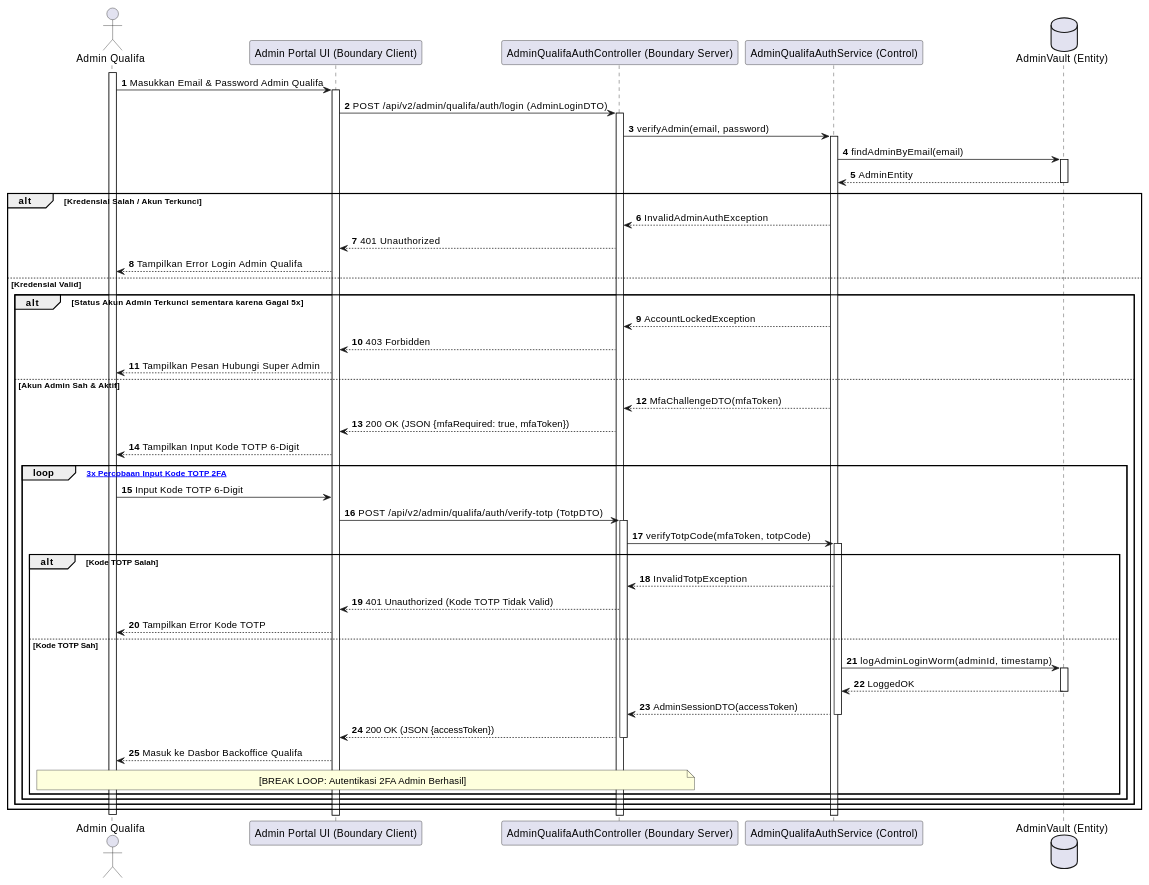
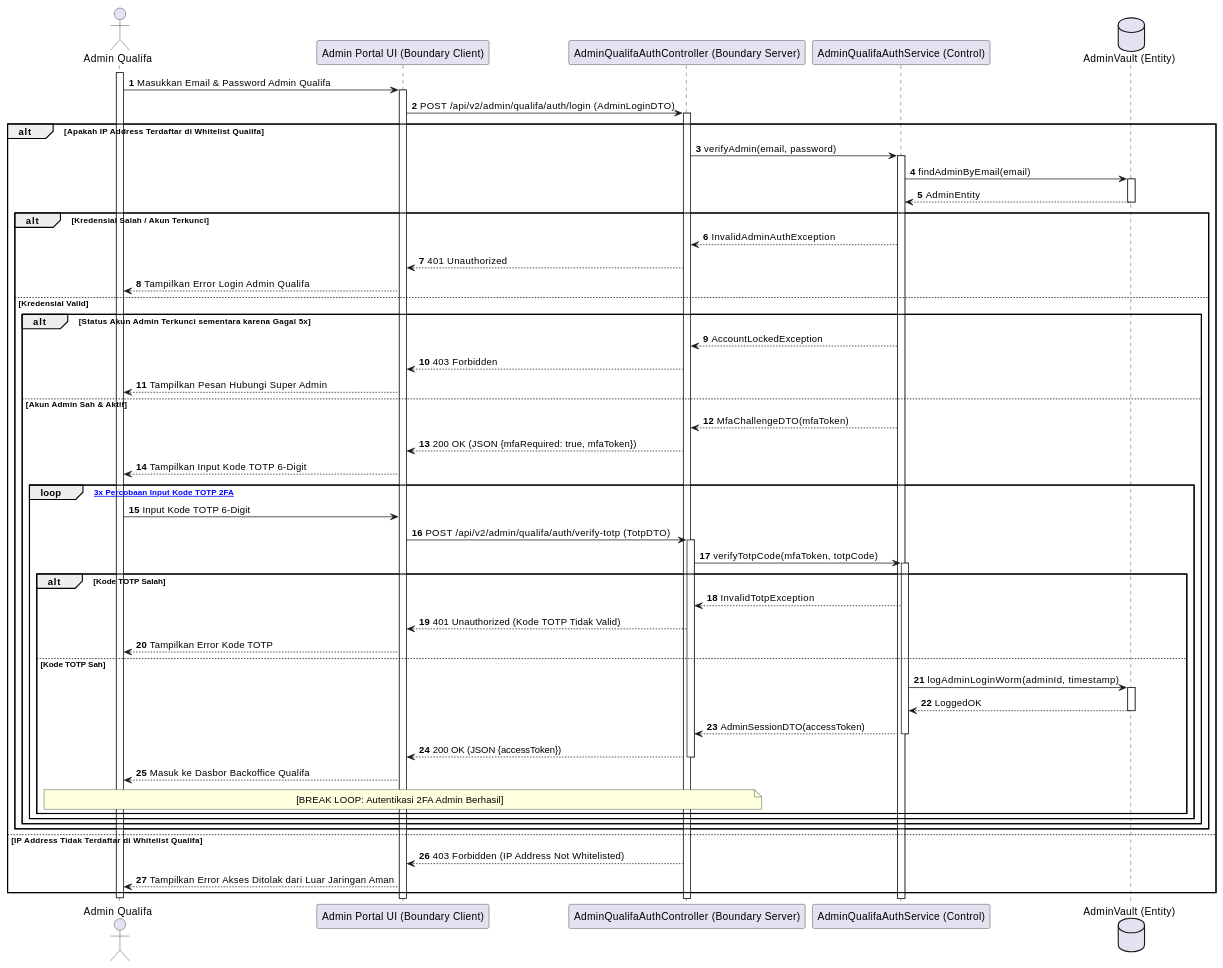
Diagram 28 of 28 in MarkDown/plantuml_sequence_diagrams.md (tupperwureism/SuperApp-Gagal), drawn with PlantUML before and after one commit. The commit also changed other lines of this file and 2 other files, not shown here.

Commit message:
fix(docs): achieve 0 missing conditions across all 28 Sequence Diagrams vs Activity Diagrams

````diff
--- a/MarkDown/plantuml_sequence_diagrams.md
+++ b/MarkDown/plantuml_sequence_diagrams.md
@@ -1427,53 +1463,59 @@
 ```plantuml
 @startuml
 autonumber
 actor "Admin Qualifa" as User
 participant "Admin Portal UI (Boundary Client)" as B_FE
 participant "AdminQualifaAuthController (Boundary Server)" as B_BE
 participant "AdminQualifaAuthService (Control)" as C_Svc
 database "AdminVault (Entity)" as E_DB
 
 activate User
 User -> B_FE ++ : Masukkan Email & Password Admin Qualifa
 B_FE -> B_BE ++ : POST /api/v2/admin/qualifa/auth/login (AdminLoginDTO)
-B_BE -> C_Svc ++ : verifyAdmin(email, password)
-C_Svc -> E_DB ++ : findAdminByEmail(email)
-E_DB --> C_Svc -- : AdminEntity
 
-alt Kredensial Salah / Akun Terkunci
-    C_Svc --> B_BE : InvalidAdminAuthException
-    B_BE --> B_FE : 401 Unauthorized
-    B_FE --> User : Tampilkan Error Login Admin Qualifa
-else Kredensial Valid
-    alt Status Akun Admin Terkunci sementara karena Gagal 5x
-        C_Svc --> B_BE : AccountLockedException
-        B_BE --> B_FE : 403 Forbidden
-        B_FE --> User : Tampilkan Pesan Hubungi Super Admin
-    else Akun Admin Sah & Aktif
-        C_Svc --> B_BE : MfaChallengeDTO(mfaToken)
-        B_BE --> B_FE : 200 OK (JSON {mfaRequired: true, mfaToken})
-        B_FE --> User : Tampilkan Input Kode TOTP 6-Digit
+alt Apakah IP Address Terdaftar di Whitelist Qualifa
+    B_BE -> C_Svc ++ : verifyAdmin(email, password)
+    C_Svc -> E_DB ++ : findAdminByEmail(email)
+    E_DB --> C_Svc -- : AdminEntity
 
-        loop [Maksimal 3x Percobaan Input Kode TOTP 2FA]
-            User -> B_FE : Input Kode TOTP 6-Digit
-            B_FE -> B_BE ++ : POST /api/v2/admin/qualifa/auth/verify-totp (TotpDTO)
-            B_BE -> C_Svc ++ : verifyTotpCode(mfaToken, totpCode)
+    alt Kredensial Salah / Akun Terkunci
+        C_Svc --> B_BE : InvalidAdminAuthException
+        B_BE --> B_FE : 401 Unauthorized
+        B_FE --> User : Tampilkan Error Login Admin Qualifa
+    else Kredensial Valid
+        alt Status Akun Admin Terkunci sementara karena Gagal 5x
+            C_Svc --> B_BE : AccountLockedException
+            B_BE --> B_FE : 403 Forbidden
+            B_FE --> User : Tampilkan Pesan Hubungi Super Admin
+        else Akun Admin Sah & Aktif
+            C_Svc --> B_BE : MfaChallengeDTO(mfaToken)
+            B_BE --> B_FE : 200 OK (JSON {mfaRequired: true, mfaToken})
+            B_FE --> User : Tampilkan Input Kode TOTP 6-Digit
 
-            alt Kode TOTP Salah
-                C_Svc --> B_BE : InvalidTotpException
-                B_BE --> B_FE : 401 Unauthorized (Kode TOTP Tidak Valid)
-                B_FE --> User : Tampilkan Error Kode TOTP
-            else Kode TOTP Sah
-                C_Svc -> E_DB ++ : logAdminLoginWorm(adminId, timestamp)
-                E_DB --> C_Svc -- : LoggedOK
-                C_Svc --> B_BE -- : AdminSessionDTO(accessToken)
-                B_BE --> B_FE -- : 200 OK (JSON {accessToken})
-                B_FE --> User : Masuk ke Dasbor Backoffice Qualifa
-                note over User, B_BE : [BREAK LOOP: Autentikasi 2FA Admin Berhasil]
+            loop [Maksimal 3x Percobaan Input Kode TOTP 2FA]
+                User -> B_FE : Input Kode TOTP 6-Digit
+                B_FE -> B_BE ++ : POST /api/v2/admin/qualifa/auth/verify-totp (TotpDTO)
+                B_BE -> C_Svc ++ : verifyTotpCode(mfaToken, totpCode)
+
+                alt Kode TOTP Salah
+                    C_Svc --> B_BE : InvalidTotpException
+                    B_BE --> B_FE : 401 Unauthorized (Kode TOTP Tidak Valid)
+                    B_FE --> User : Tampilkan Error Kode TOTP
+                else Kode TOTP Sah
+                    C_Svc -> E_DB ++ : logAdminLoginWorm(adminId, timestamp)
+                    E_DB --> C_Svc -- : LoggedOK
+                    C_Svc --> B_BE -- : AdminSessionDTO(accessToken)
+                    B_BE --> B_FE -- : 200 OK (JSON {accessToken})
+                    B_FE --> User : Masuk ke Dasbor Backoffice Qualifa
+                    note over User, B_BE : [BREAK LOOP: Autentikasi 2FA Admin Berhasil]
+                end
             end
         end
     end
+else IP Address Tidak Terdaftar di Whitelist Qualifa
+    B_BE --> B_FE : 403 Forbidden (IP Address Not Whitelisted)
+    B_FE --> User : Tampilkan Error Akses Ditolak dari Luar Jaringan Aman
 end
 deactivate User
 @enduml
 ```
````
